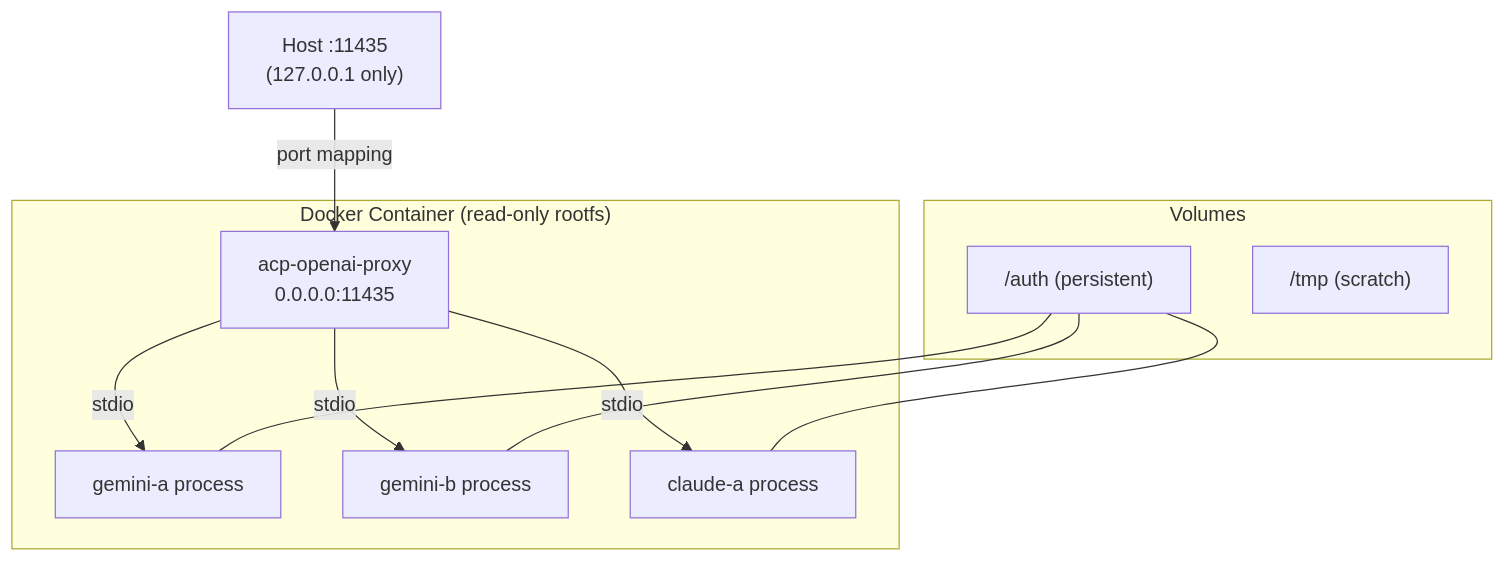
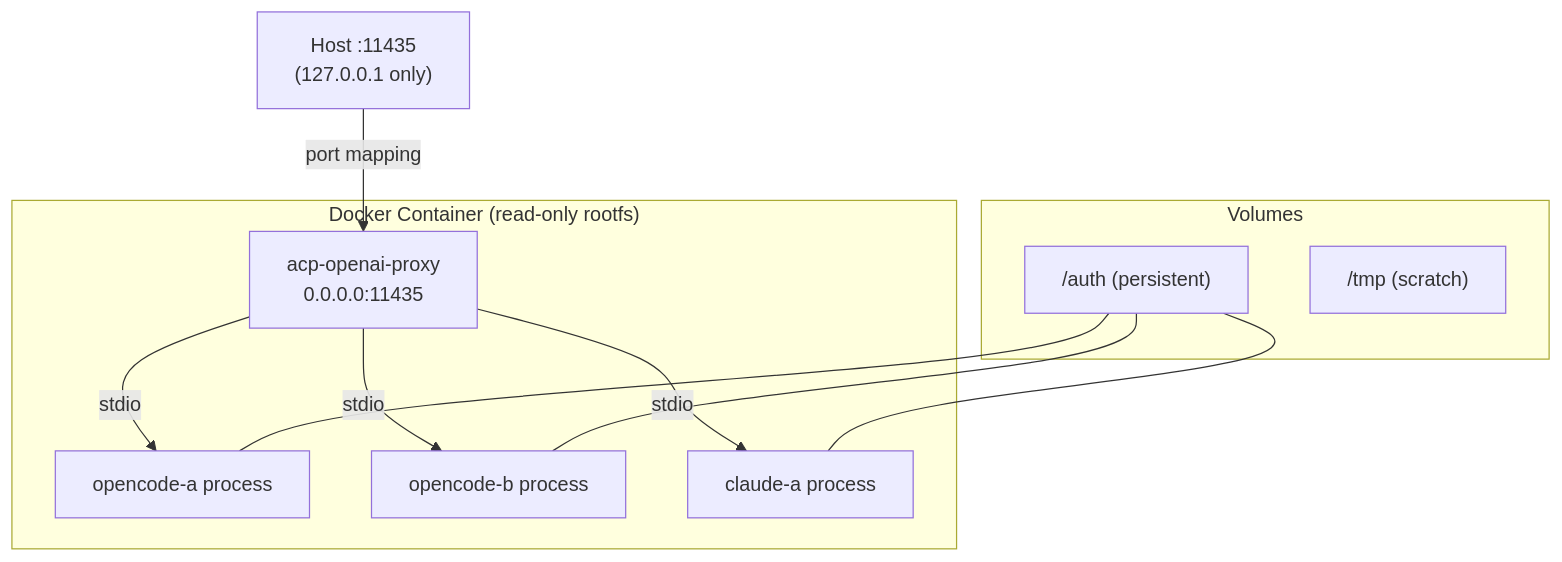
Diagram 12 of 12 in docs/ARCHITECTURE.md (jetnet/acp-openai-proxy), drawn with Mermaid before and after one commit. The commit also changed other lines of this file and 3 other files, not shown here.

First line of the commit message:
docs: drop gemini, document opencode as the reference agent

````diff
--- a/docs/ARCHITECTURE.md
+++ b/docs/ARCHITECTURE.md
@@ -642,18 +642,18 @@
 ```mermaid
 graph TD
     subgraph Container["Docker Container (read-only rootfs)"]
         PROXY["acp-openai-proxy<br/>0.0.0.0:11435"]
-        GEMINI_A["gemini-a process"]
-        GEMINI_B["gemini-b process"]
+        OPENCODE_A["opencode-a process"]
+        OPENCODE_B["opencode-b process"]
         CLAUDE["claude-a process"]
     end
 
     subgraph Volumes
         AUTH["/auth (persistent)"]
         TMP["/tmp (scratch)"]
     end
 
     HOST["Host :11435<br/>(127.0.0.1 only)"] -->|port mapping| PROXY
-    PROXY -->|stdio| GEMINI_A & GEMINI_B & CLAUDE
-    AUTH --- GEMINI_A & GEMINI_B & CLAUDE
+    PROXY -->|stdio| OPENCODE_A & OPENCODE_B & CLAUDE
+    AUTH --- OPENCODE_A & OPENCODE_B & CLAUDE
 ```
````
